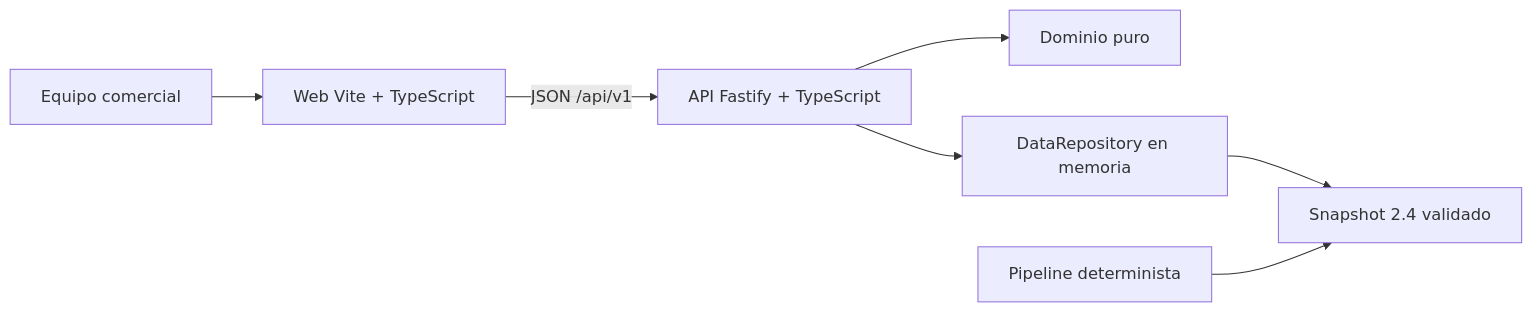
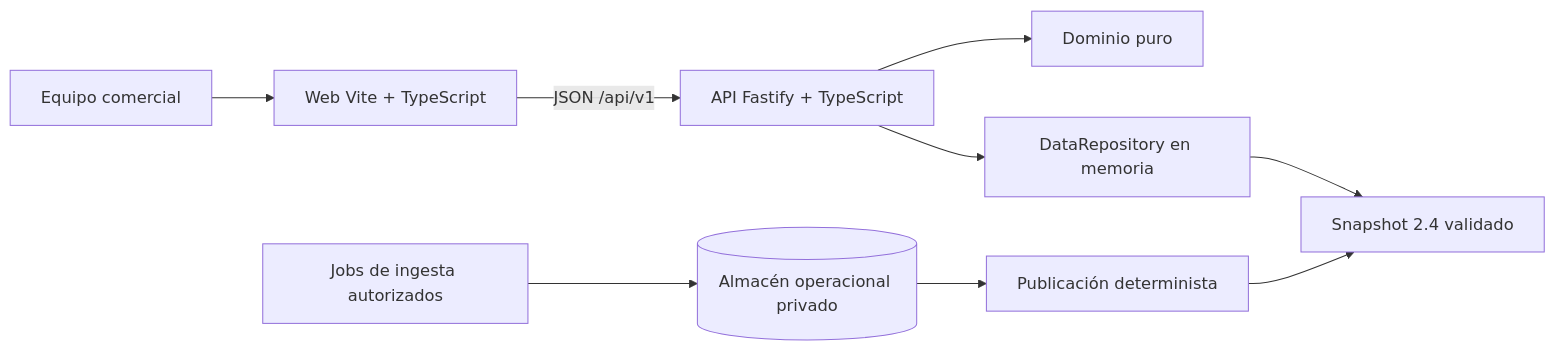
One commit to stefano-mt/viva-inteligencia-demo changed the first of 2 diagrams in docs/architecture/overview.md. Above: the diagram before and after it, drawn with Mermaid. The commit also changed other lines of this file and 21 other files, not shown here.

````diff
--- a/docs/architecture/overview.md
+++ b/docs/architecture/overview.md
@@ -5,9 +5,11 @@
 ```mermaid
 flowchart LR
   U[Equipo comercial] --> W[Web Vite + TypeScript]
   W -->|JSON /api/v1| A[API Fastify + TypeScript]
   A --> D[Dominio puro]
   A --> R[DataRepository en memoria]
   R --> S[Snapshot 2.4 validado]
-  P[Pipeline determinista] --> S
+  P[Publicación determinista] --> S
+  O[(Almacén operacional privado)] --> P
+  I[Jobs de ingesta autorizados] --> O
 ```
````
